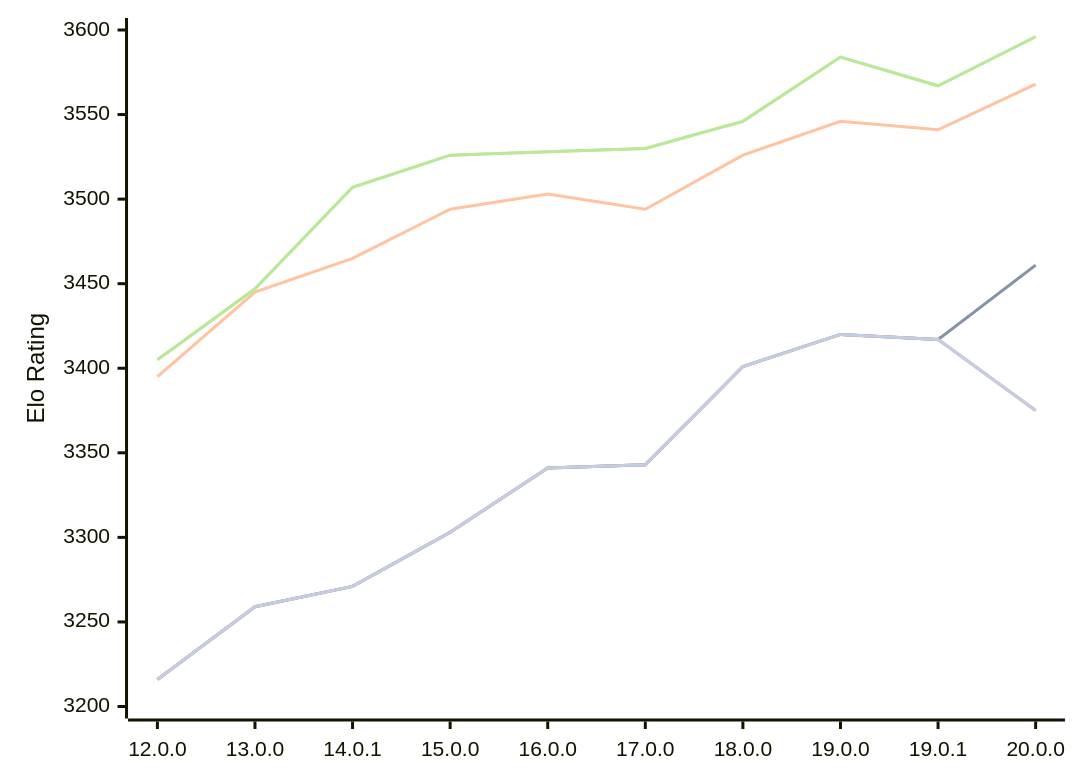
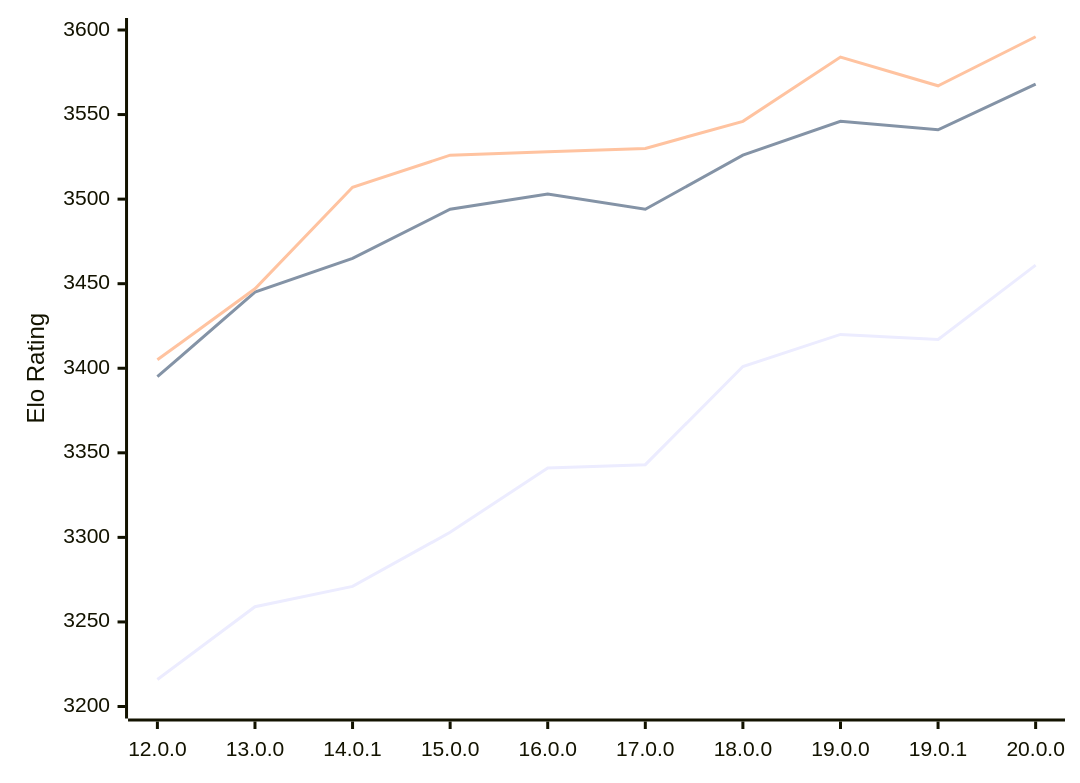
The diagram in engines/Viridithas.md (computer-chess-index/cci), drawn with Mermaid before and after one commit. The commit also changed other lines of this file, not shown here.

````diff
--- a/engines/Viridithas.md
+++ b/engines/Viridithas.md
@@ -56,13 +56,9 @@
 ```mermaid
 %%{init: {"theme":"base","themeVariables":{"seriesColors:['#a3a3a3','#222221','#faa371']}}}%%
 xychart-beta
   x-axis ["12.0.0", "13.0.0", "14.0.1", "15.0.0", "16.0.0", "17.0.0", "18.0.0", "19.0.0", "19.0.1", "20.0.0"]
   y-axis "Elo Rating" 3200 --> 3600
-  line "" [3216, 3259, 3271, 3303, 3341, 3343, 3401, 3420, 3417, 3461]
   line "T1: STC (8.0+0.08s)" [3216, 3259, 3271, 3303, 3341, 3343, 3401, 3420, 3417, 3461]
   line "T1: LTC (60.0+0.60s)" [3395, 3445, 3465, 3494, 3503, 3494, 3526, 3546, 3541, 3568]
-  line "" [3405, 3447, 3507, 3526, 3528, 3530, 3546, 3584, 3567, 3596]
   line "T1: VLTC (2m24s+1.12s)" [3405, 3447, 3507, 3526, 3528, 3530, 3546, 3584, 3567, 3596]
-  line "" [3216, 3259, 3271, 3303, 3341, 3343, 3401, 3420, 3417,3375]
-  line "E1: STC (8.0+0.08s)" [3216, 3259, 3271, 3303, 3341, 3343, 3401, 3420, 3417,3375]
 ```
````
